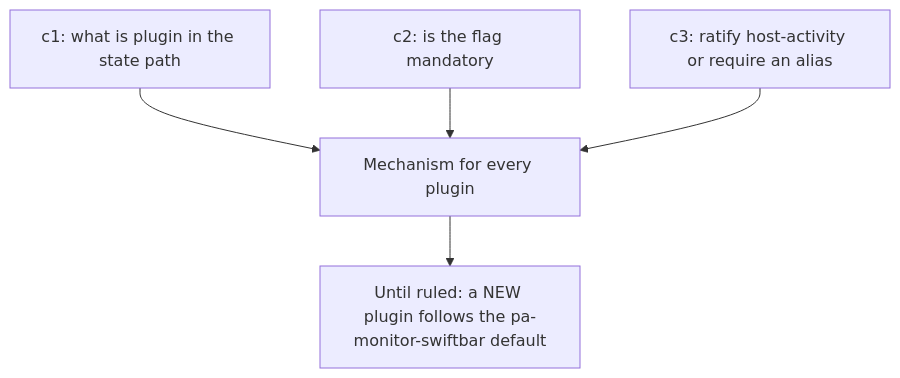
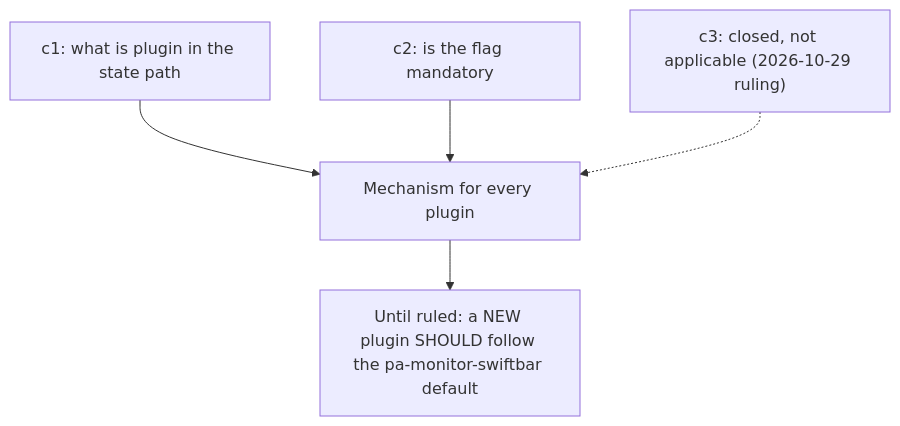
Before and after one commit to phillipgreenii/nix-repo-base: the fourth of 4 diagrams in docs/swiftbar-title-width.md, drawn with Mermaid. The commit also changed other lines of this file and 1 other file, not shown here.

First line of the commit message:
docs: SwiftBar title-width flag and file are the new-plugin default, not a rule (c3 closed)

````diff
--- a/docs/swiftbar-title-width.md
+++ b/docs/swiftbar-title-width.md
@@ -310,7 +312,7 @@
 ```mermaid
 flowchart TD
   C1["c1: what is plugin in the state path"] --> M["Mechanism for every plugin"]
   C2["c2: is the flag mandatory"] --> M
-  C3["c3: ratify host-activity or require an alias"] --> M
-  M --> D["Until ruled: a NEW plugin follows the pa-monitor-swiftbar default"]
+  C3["c3: closed, not applicable (2026-10-29 ruling)"] -.-> M
+  M --> D["Until ruled: a NEW plugin SHOULD follow the pa-monitor-swiftbar default"]
 ```
````
